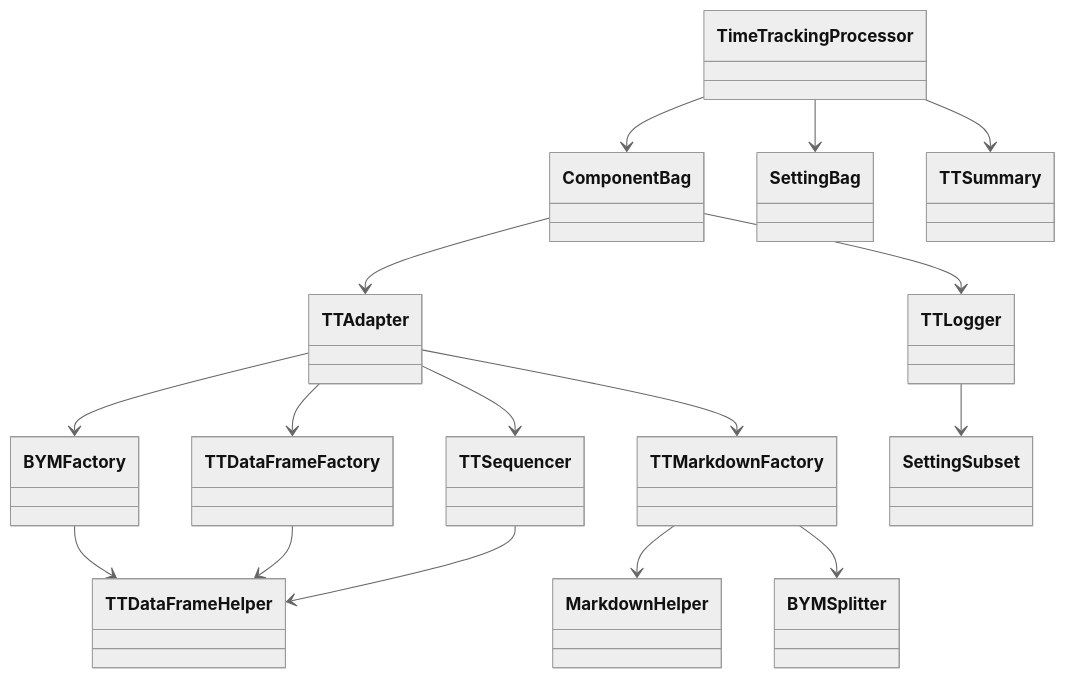
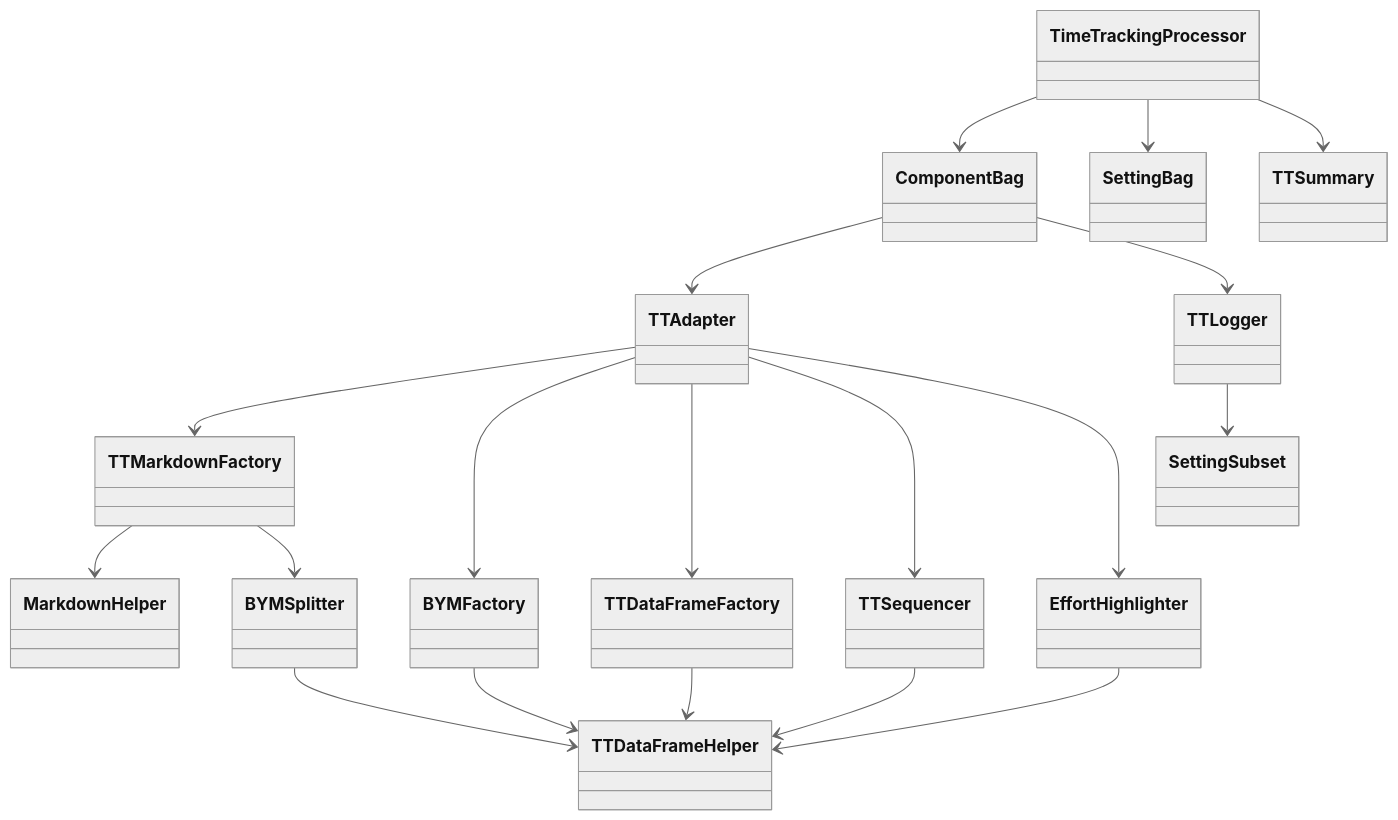
Before and after one commit to numbworks/nwtimetracking: the diagram in docs/Diagrams/Diagram-Architecture.md, drawn with Mermaid (neutral theme). The commit also changed 6 other files, not shown here.

````diff
--- a/docs/Diagrams/Diagram-Architecture.md
+++ b/docs/Diagrams/Diagram-Architecture.md
@@ -1,19 +1,24 @@
 ```mermaid
 classDiagram
     %% Relationships
-    BYMFactory --> TTDataFrameHelper
-    TTDataFrameFactory --> TTDataFrameHelper
-    TTMarkdownFactory --> MarkdownHelper
-    TTMarkdownFactory --> BYMSplitter
-    TTSequencer --> TTDataFrameHelper
-    TTAdapter --> TTDataFrameFactory
-    TTAdapter --> BYMFactory
-    TTAdapter --> TTSequencer
-    TTAdapter --> TTMarkdownFactory
+    TimeTrackingProcessor --> ComponentBag
+    TimeTrackingProcessor --> SettingBag
+    TimeTrackingProcessor --> TTSummary
     ComponentBag --> TTAdapter
     ComponentBag --> TTLogger
     TTLogger --> SettingSubset
-    TimeTrackingProcessor --> ComponentBag
-    TimeTrackingProcessor --> SettingBag
-    TimeTrackingProcessor --> TTSummary
+    TTMarkdownFactory --> MarkdownHelper
+    TTMarkdownFactory --> BYMSplitter
+
+    BYMFactory --> TTDataFrameHelper
+    BYMSplitter --> TTDataFrameHelper
+    TTDataFrameFactory --> TTDataFrameHelper
+    TTSequencer --> TTDataFrameHelper
+    EffortHighlighter --> TTDataFrameHelper
+
+    TTAdapter --> TTMarkdownFactory
+    TTAdapter --> BYMFactory
+    TTAdapter --> TTDataFrameFactory
+    TTAdapter --> TTSequencer
+    TTAdapter --> EffortHighlighter
 ```
````
